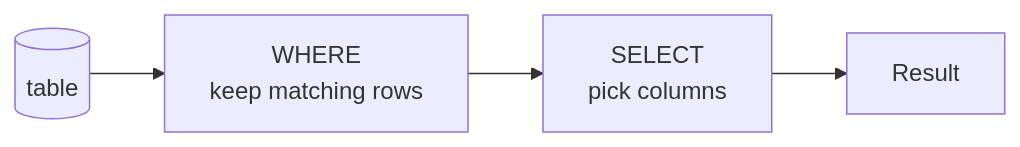
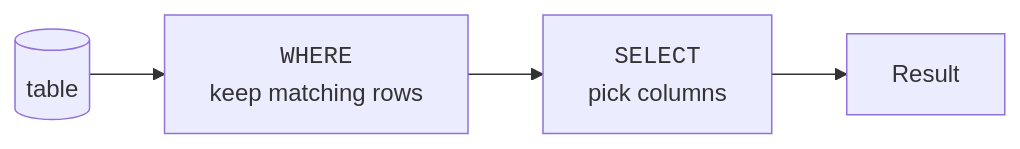
The second of 2 diagrams in content/learn/intro-sql-postgres/filtering-rows.mdx (dataslope/dataslope), drawn with Mermaid before and after one commit. The commit also changed other lines of this file and 56 other files, not shown here.

````diff
--- a/content/learn/intro-sql-postgres/filtering-rows.mdx
+++ b/content/learn/intro-sql-postgres/filtering-rows.mdx
@@ -155,6 +155,6 @@
 ```mermaid
 flowchart LR
-    T[("table")] --> W["WHERE<br/>keep matching rows"]
-    W --> S["SELECT<br/>pick columns"]
+    T[("table")] --> W["<code>WHERE</code><br/>keep matching rows"]
+    W --> S["<code>SELECT</code><br/>pick columns"]
     S --> R["Result"]
 ```
````
